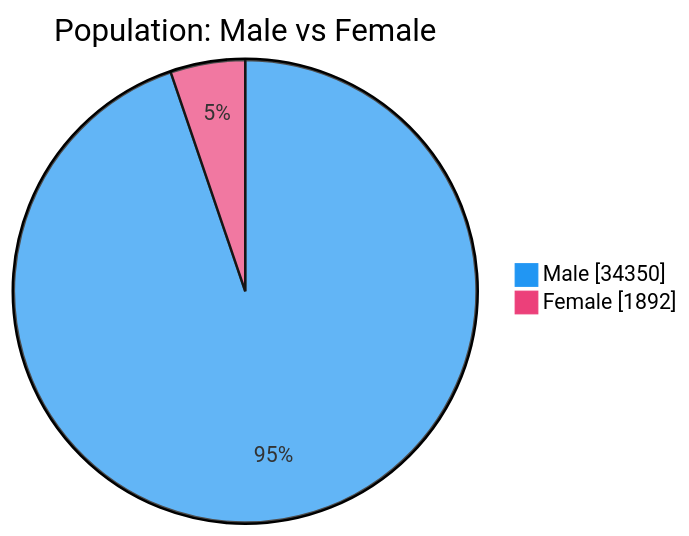
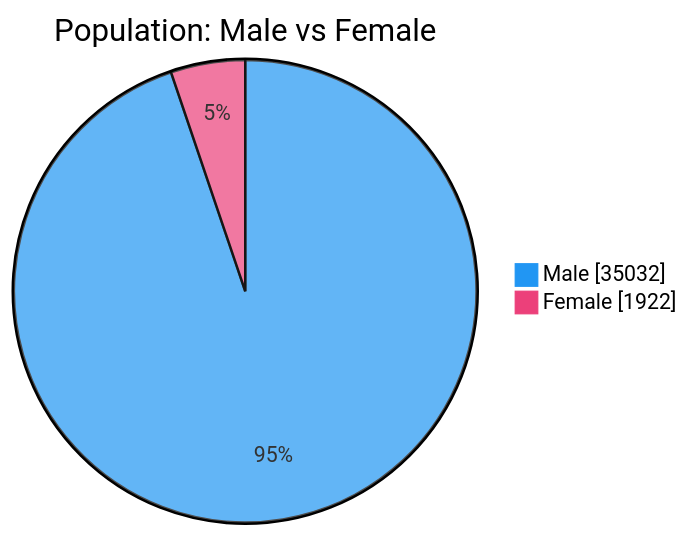
Before and after one commit to nuuuwan/lk_prisons: the second of 7 diagrams in README.md, drawn with Mermaid. The commit also changed other lines of this file and 1 other file, not shown here.

````diff
--- a/README.md
+++ b/README.md
@@ -54,6 +54,6 @@
 ```mermaid
 %%{init: {'themeVariables': {'pie1': '#2196F3', 'pie2': '#EC407A'}}}%%
 pie showData title Population: Male vs Female
-    "Male" : 34350
-    "Female" : 1892
+    "Male" : 35032
+    "Female" : 1922
 ```
````
